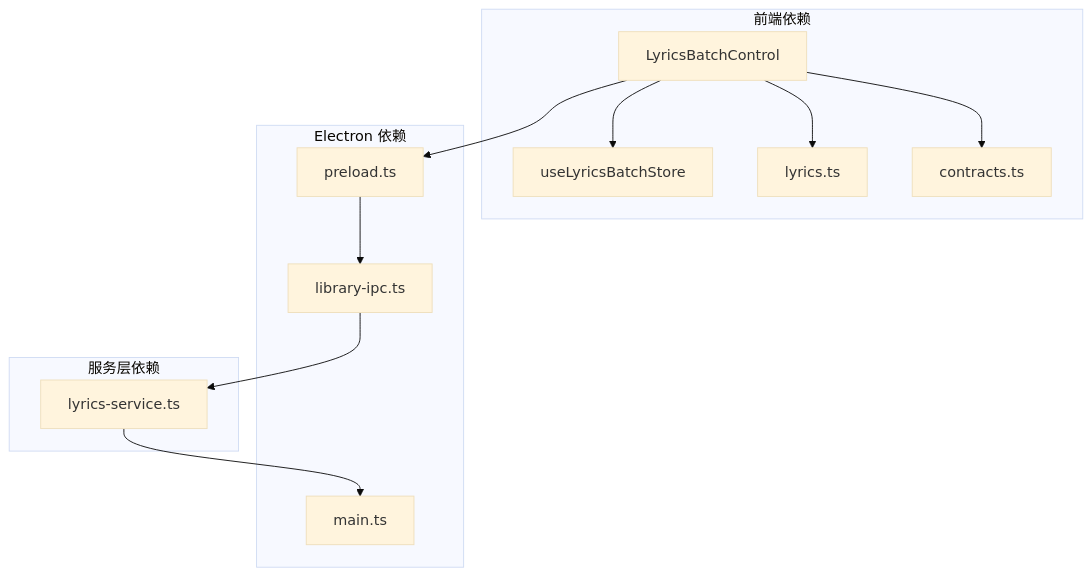
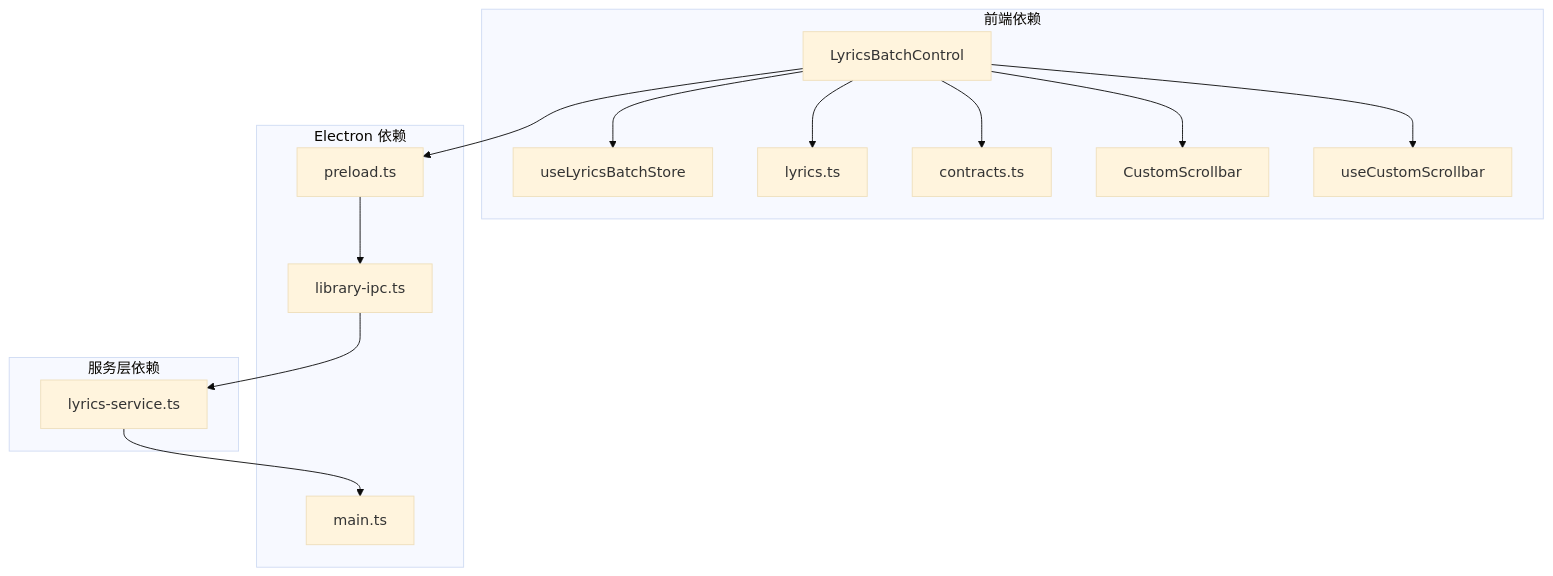
Before and after one commit to SeakyLuo/SMPlayerElectron: diagram 11 of 11 in .qoder/repowiki/zh/content/核心模块/前端组件模块/批处理歌词控制组件.md, drawn with Mermaid (base theme). The commit also changed other lines of this file and 32 other files, not shown here.

````diff
--- a/.qoder/repowiki/zh/content/核心模块/前端组件模块/批处理歌词控制组件.md
+++ b/.qoder/repowiki/zh/content/核心模块/前端组件模块/批处理歌词控制组件.md
@@ -290,24 +447,28 @@
 ```mermaid
 graph TB
 subgraph "前端依赖"
 LBC[LyricsBatchControl]
 LBS[useLyricsBatchStore]
 LY[lyrics.ts]
 CT[contracts.ts]
+CS[CustomScrollbar]
+UCS[useCustomScrollbar]
 end
 subgraph "Electron 依赖"
 PR[preload.ts]
 LI[library-ipc.ts]
 MS[main.ts]
 end
 subgraph "服务层依赖"
 LS[lyrics-service.ts]
 end
 LBC --> LBS
 LBC --> LY
 LBC --> CT
+LBC --> CS
+LBC --> UCS
 LBC --> PR
 PR --> LI
 LI --> LS
 LS --> MS
 ```
````
